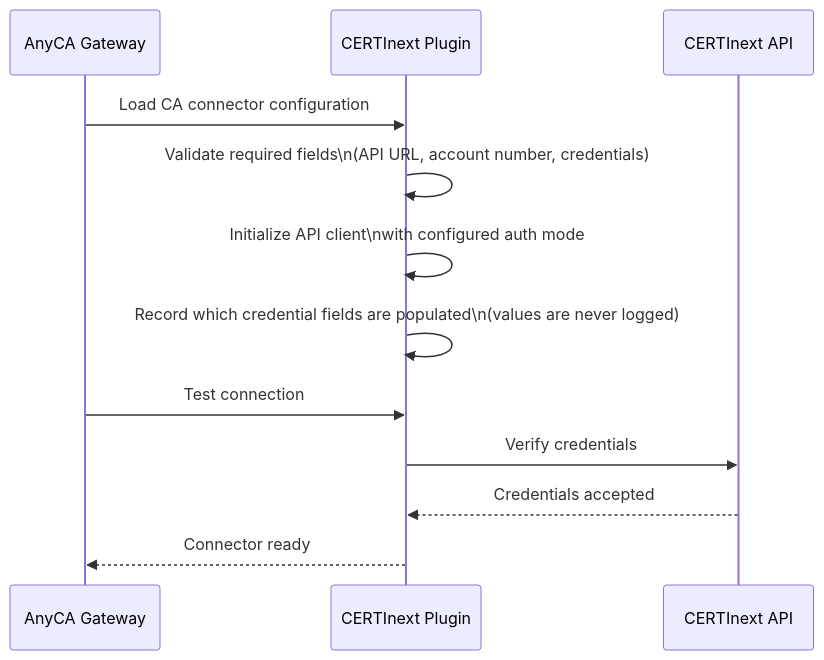
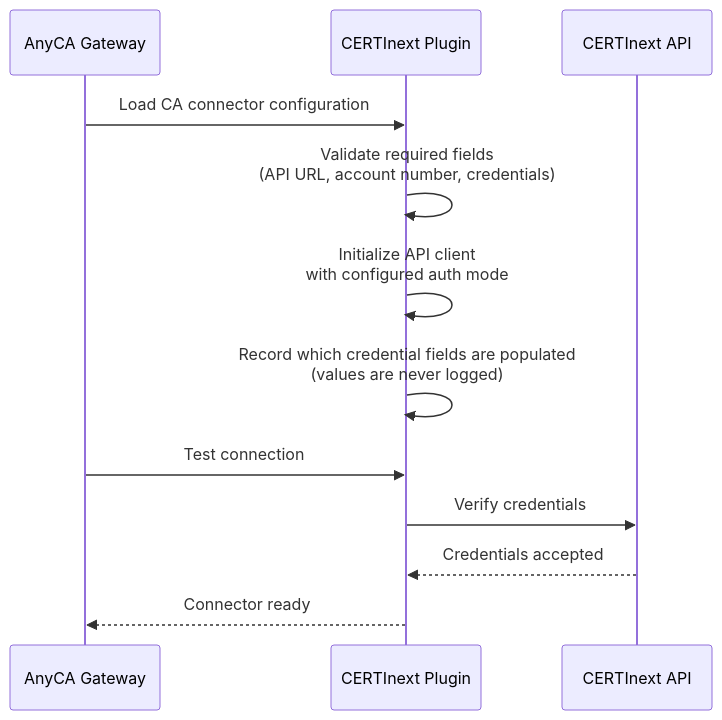
One commit to Keyfactor/certinext-caplugin changed the first of 6 diagrams in README.md. Above: the diagram before and after it, drawn with Mermaid. The commit also changed other lines of this file and 1 other file, not shown here.

First line of the commit message:
docs: remove compliance claims and fix Mermaid diagram line breaks (#12)

````diff
--- a/README.md
+++ b/README.md
@@ -402,15 +402,15 @@
 ```mermaid
 sequenceDiagram
     participant GW as AnyCA Gateway
     participant Plugin as CERTInext Plugin
     participant API as CERTInext API
 
     GW->>Plugin: Load CA connector configuration
-    Plugin->>Plugin: Validate required fields\n(API URL, account number, credentials)
-    Plugin->>Plugin: Initialize API client\nwith configured auth mode
-    Plugin->>Plugin: Record which credential fields are populated\n(values are never logged)
+    Plugin->>Plugin: Validate required fields<br/>(API URL, account number, credentials)
+    Plugin->>Plugin: Initialize API client<br/>with configured auth mode
+    Plugin->>Plugin: Record which credential fields are populated<br/>(values are never logged)
     GW->>Plugin: Test connection
     Plugin->>API: Verify credentials
     API-->>Plugin: Credentials accepted
     Plugin-->>GW: Connector ready
 ```
````
